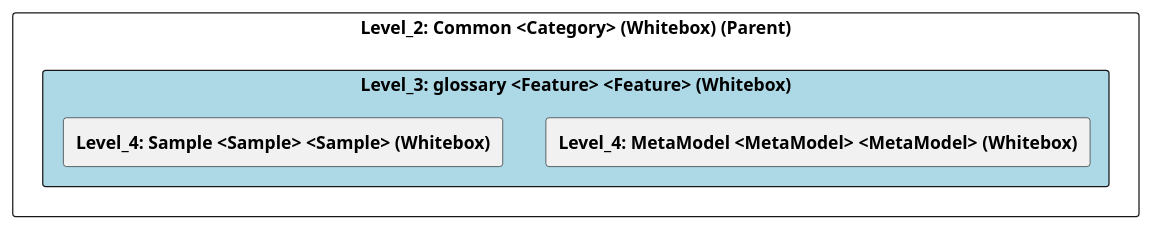
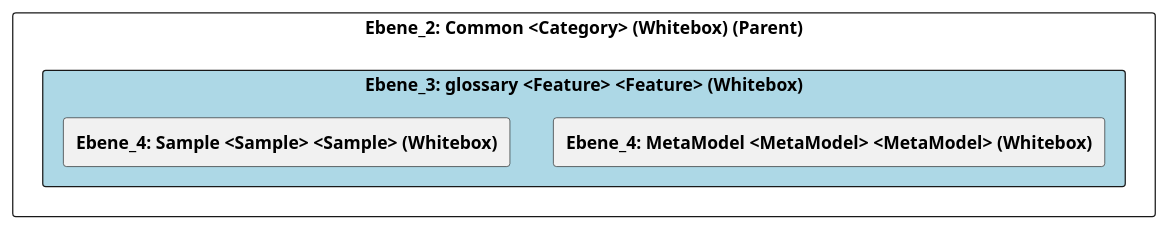
Before and after one commit to marcozwyssig/cleon: the diagram in doc/cleonproject_deliverables_architecture_model_architecture/adoc/de/05_bausteinsicht/cleon/common/glossary/ebene_3_glossary.adoc, drawn with PlantUML. The commit also changed other lines of this file and 258 other files, not shown here.

```diff
--- a/doc/cleonproject_deliverables_architecture_model_architecture/adoc/de/05_bausteinsicht/cleon/common/glossary/ebene_3_glossary.adoc
+++ b/doc/cleonproject_deliverables_architecture_model_architecture/adoc/de/05_bausteinsicht/cleon/common/glossary/ebene_3_glossary.adoc
@@ -24,25 +24,25 @@
-[plantuml, Level_3: glossary <Feature> <Feature> (Whitebox)BlockOverview, format="svg"]
+[plantuml, Ebene_3: glossary <Feature> <Feature> (Whitebox)BlockOverview, format="svg"]
 ----
-@startuml Level_3: glossary <Feature> <Feature> (Whitebox)BuildingBlockOverview
+@startuml Ebene_3: glossary <Feature> <Feature> (Whitebox)BuildingBlockOverview
 
 skinparam ranksep 10
 skinparam componentStyle rectangle
 skinparam shadowing false
 skinparam arrowColor lightblue
 skinparam arrowThickness 1.2
 skinparam rectangle {
   BackgroundColor White
   BorderColor #333
   RoundCorner 10
 }
 top to bottom direction
 
-component "Level_2: Common <Category> (Whitebox) (Parent)" {
-    component "Level_3: glossary <Feature> <Feature> (Whitebox)" #lightblue {
-        [**Level_4: MetaModel <MetaModel> <MetaModel> (Whitebox)**] as 4A570579_D579_11EE_903E_9F564E4DE07E
-        [**Level_4: Sample <Sample> <Sample> (Whitebox)**] as 4A57057A_D579_11EE_903E_9F564E4DE07E
+component "Ebene_2: Common <Category> (Whitebox) (Parent)" {
+    component "Ebene_3: glossary <Feature> <Feature> (Whitebox)" #lightblue {
+        [**Ebene_4: MetaModel <MetaModel> <MetaModel> (Whitebox)**] as 4A570579_D579_11EE_903E_9F564E4DE07E
+        [**Ebene_4: Sample <Sample> <Sample> (Whitebox)**] as 4A57057A_D579_11EE_903E_9F564E4DE07E
     }
 }
 
 @enduml
 ----
```
